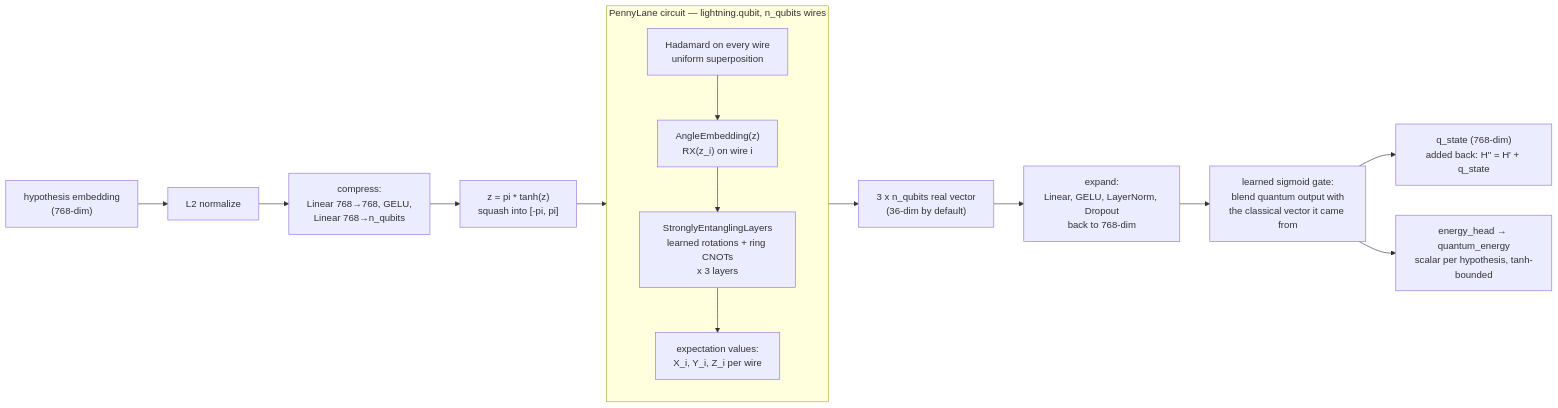
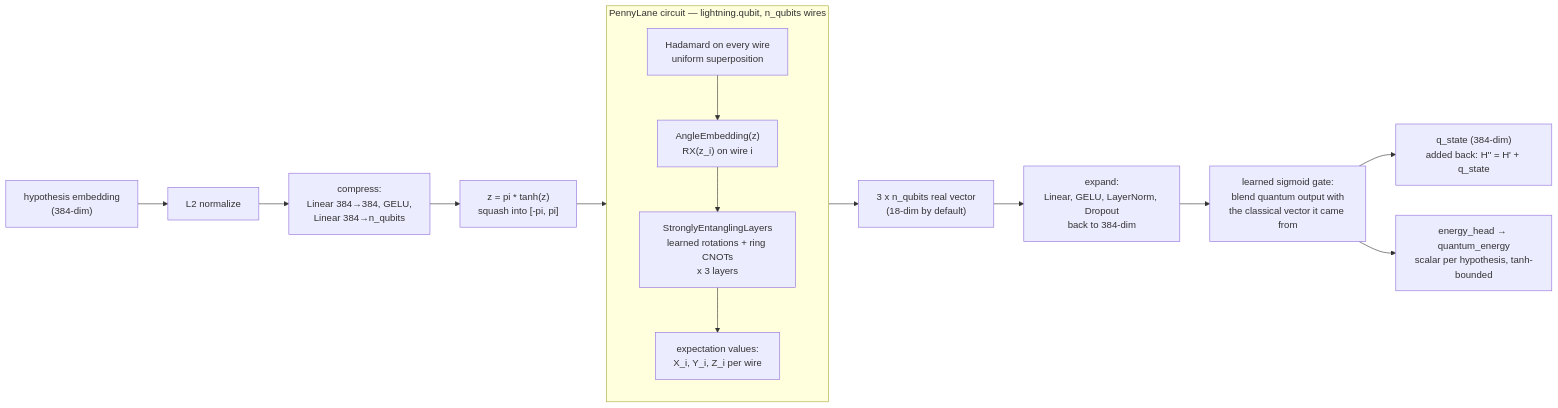
The fourth of 7 diagrams in README.md (Thorfast191/qAIR-CSE499B), drawn with Mermaid before and after one commit. The commit also changed other lines of this file and 6 other files, not shown here.

````diff
--- a/README.md
+++ b/README.md
@@ -161,20 +163,20 @@
 ```mermaid
 flowchart LR
-    H["hypothesis embedding<br/>(768-dim)"] --> N["L2 normalize"]
-    N --> C["compress:<br/>Linear 768→768, GELU,<br/>Linear 768→n_qubits"]
+    H["hypothesis embedding<br/>(384-dim)"] --> N["L2 normalize"]
+    N --> C["compress:<br/>Linear 384→384, GELU,<br/>Linear 384→n_qubits"]
     C --> S["z = pi * tanh(z)<br/>squash into [-pi, pi]"]
     S --> CIRC
 
     subgraph CIRC["PennyLane circuit — lightning.qubit, n_qubits wires"]
         direction TB
         HAD["Hadamard on every wire<br/>uniform superposition"] --> EMB["AngleEmbedding(z)<br/>RX(z_i) on wire i"]
         EMB --> ENT["StronglyEntanglingLayers<br/>learned rotations + ring CNOTs<br/>x 3 layers"]
         ENT --> MEAS["expectation values:<br/>X_i, Y_i, Z_i per wire"]
     end
 
-    CIRC --> V["3 x n_qubits real vector<br/>(36-dim by default)"]
-    V --> EX["expand:<br/>Linear, GELU, LayerNorm, Dropout<br/>back to 768-dim"]
+    CIRC --> V["3 x n_qubits real vector<br/>(18-dim by default)"]
+    V --> EX["expand:<br/>Linear, GELU, LayerNorm, Dropout<br/>back to 384-dim"]
     EX --> GATE["learned sigmoid gate:<br/>blend quantum output with<br/>the classical vector it came from"]
-    GATE --> QSTATE["q_state (768-dim)<br/>added back: H'' = H' + q_state"]
+    GATE --> QSTATE["q_state (384-dim)<br/>added back: H'' = H' + q_state"]
     GATE --> EHEAD["energy_head → quantum_energy<br/>scalar per hypothesis, tanh-bounded"]
 ```
````
